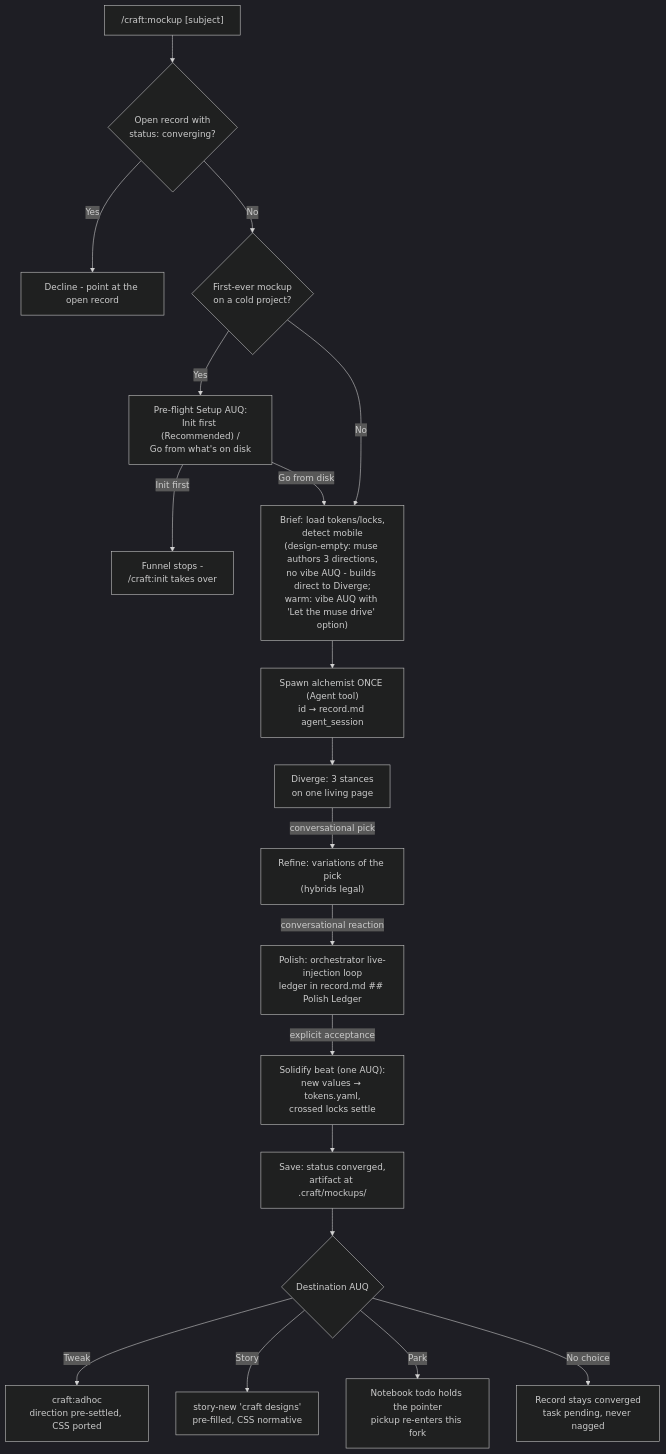
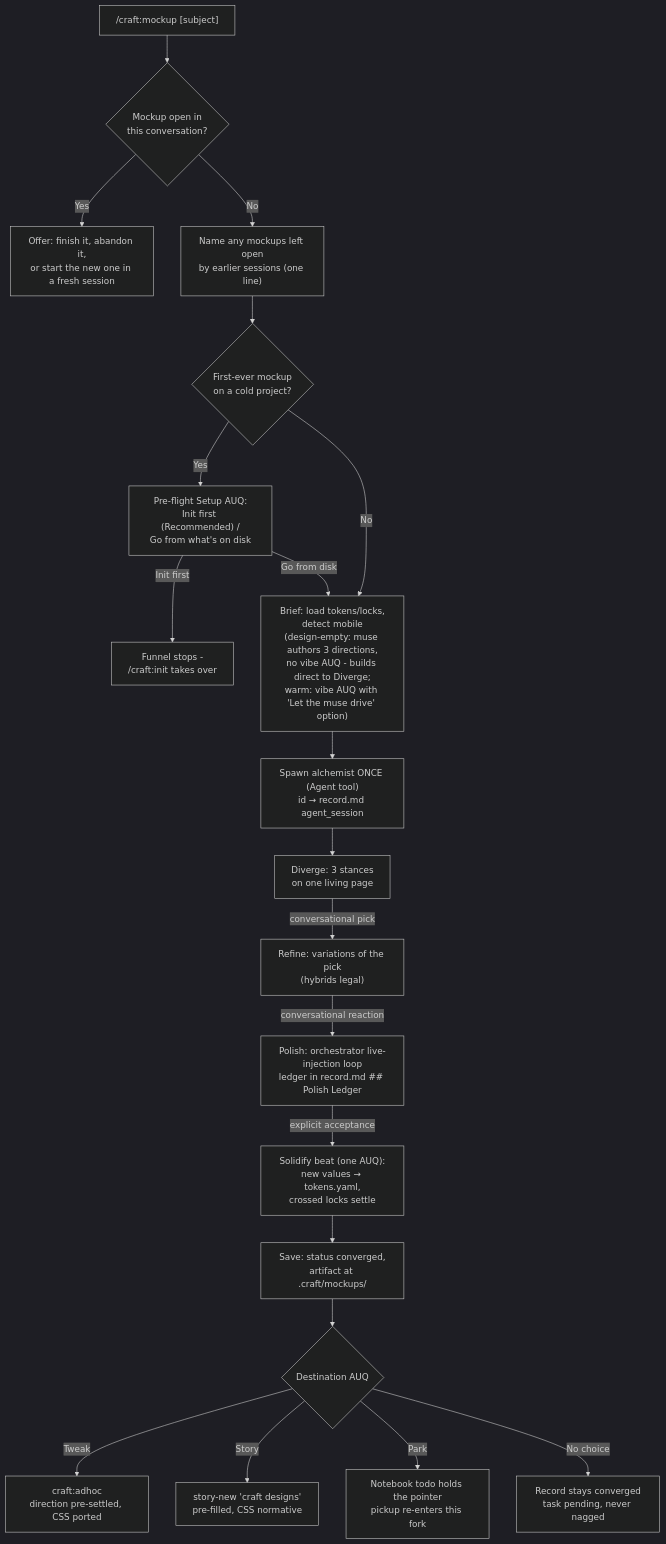
The ninth of 16 diagrams in docs/decision-tree.md (drobins25/craft), drawn with Mermaid before and after one commit. The commit also changed 5 other files, not shown here.

Commit message:
fix: a mockup left open by an earlier session no longer blocks a new one

````diff
--- a/docs/decision-tree.md
+++ b/docs/decision-tree.md
@@ -496,25 +496,26 @@
 ```mermaid
 %%{init: {'theme': 'dark'}}%%
 flowchart TD
-    MOCKUP["/craft:mockup [subject]"] --> GUARD{"Open record with<br/>status: converging?"}
-    GUARD -->|Yes| DECLINE["Decline - point at the open record"]
-    GUARD -->|No| PREFLIGHT{"First-ever mockup<br/>on a cold project?"}
+    MOCKUP["/craft:mockup [subject]"] --> GUARD{"Mockup open in<br/>this conversation?"}
+    GUARD -->|Yes| WAIT["Offer: finish it, abandon it,<br/>or start the new one in a fresh session"]
+    GUARD -->|No| LEFTOPEN["Name any mockups left open<br/>by earlier sessions (one line)"]
+    LEFTOPEN --> PREFLIGHT{"First-ever mockup<br/>on a cold project?"}
     PREFLIGHT -->|Yes| SETUPQ["Pre-flight Setup AUQ:<br/>Init first (Recommended) /<br/>Go from what's on disk"]
     SETUPQ -->|"Init first"| TOINIT["Funnel stops -<br/>/craft:init takes over"]
     SETUPQ -->|"Go from disk"| BRIEF
     PREFLIGHT -->|No| BRIEF["Brief: load tokens/locks,<br/>detect mobile<br/>(design-empty: muse authors 3 directions,<br/>no vibe AUQ - builds direct to Diverge;<br/>warm: vibe AUQ with 'Let the muse drive' option)"]
 
     BRIEF --> SPAWN["Spawn alchemist ONCE (Agent tool)<br/>id → record.md agent_session"]
     SPAWN --> DIVERGE["Diverge: 3 stances<br/>on one living page"]
     DIVERGE -->|"conversational pick"| REFINE["Refine: variations of the pick<br/>(hybrids legal)"]
     REFINE -->|"conversational reaction"| POLISH["Polish: orchestrator live-injection loop<br/>ledger in record.md ## Polish Ledger"]
 
     POLISH -->|"explicit acceptance"| SOLIDIFY["Solidify beat (one AUQ):<br/>new values → tokens.yaml,<br/>crossed locks settle"]
     SOLIDIFY --> SAVE["Save: status converged,<br/>artifact at .craft/mockups/"]
     SAVE --> DEST{"Destination AUQ"}
 
     DEST -->|"Tweak"| TWEAK["craft:adhoc<br/>direction pre-settled, CSS ported"]
     DEST -->|"Story"| STORY["story-new 'craft designs'<br/>pre-filled, CSS normative"]
     DEST -->|"Park"| PARK["Notebook todo holds the pointer<br/>pickup re-enters this fork"]
     DEST -->|"No choice"| OPEN["Record stays converged<br/>task pending, never nagged"]
 ```
````
